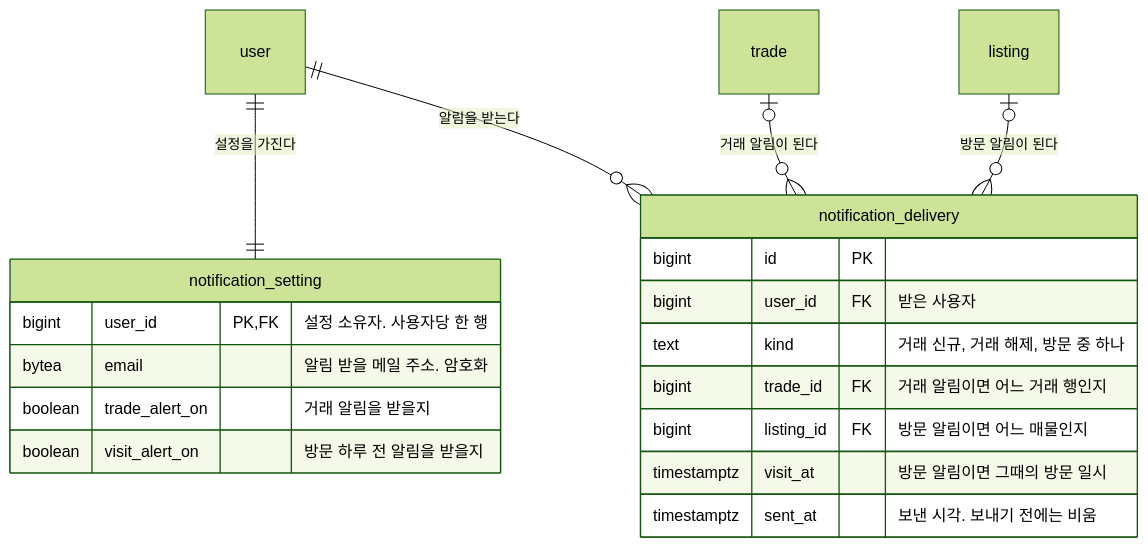
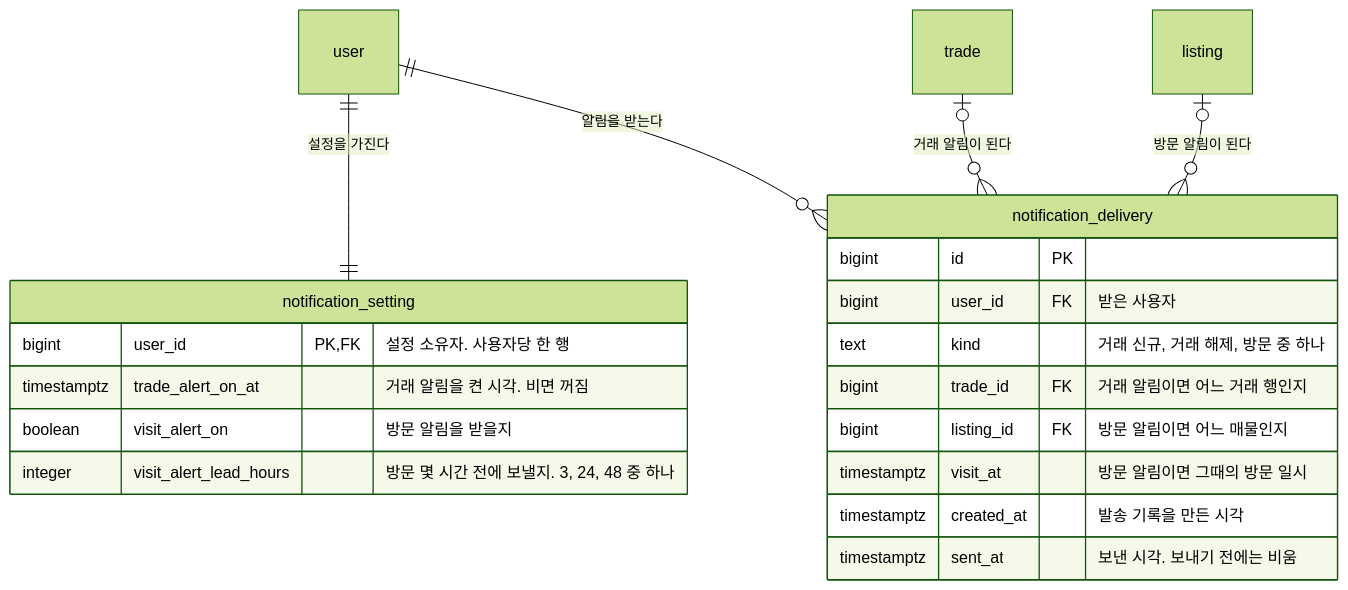
Before and after one commit to Park-Seung-Hun/real-estate: the fourth of 4 diagrams in docs/architecture/data-model.md, drawn with Mermaid (forest theme). The commit also changed other lines of this file and 7 other files, not shown here.

````diff
--- a/docs/architecture/data-model.md
+++ b/docs/architecture/data-model.md
@@ -486,22 +473,23 @@
 ```mermaid
 erDiagram
   notification_setting {
     bigint user_id PK, FK "설정 소유자. 사용자당 한 행"
-    bytea email "알림 받을 메일 주소. 암호화"
-    boolean trade_alert_on "거래 알림을 받을지"
-    boolean visit_alert_on "방문 하루 전 알림을 받을지"
+    timestamptz trade_alert_on_at "거래 알림을 켠 시각. 비면 꺼짐"
+    boolean visit_alert_on "방문 알림을 받을지"
+    integer visit_alert_lead_hours "방문 몇 시간 전에 보낼지. 3, 24, 48 중 하나"
   }
   notification_delivery {
     bigint id PK
     bigint user_id FK "받은 사용자"
     text kind "거래 신규, 거래 해제, 방문 중 하나"
     bigint trade_id FK "거래 알림이면 어느 거래 행인지"
     bigint listing_id FK "방문 알림이면 어느 매물인지"
     timestamptz visit_at "방문 알림이면 그때의 방문 일시"
+    timestamptz created_at "발송 기록을 만든 시각"
     timestamptz sent_at "보낸 시각. 보내기 전에는 비움"
   }
   user ||--|| notification_setting : "설정을 가진다"
   user ||--o{ notification_delivery : "알림을 받는다"
   trade |o--o{ notification_delivery : "거래 알림이 된다"
   listing |o--o{ notification_delivery : "방문 알림이 된다"
 ```
````
